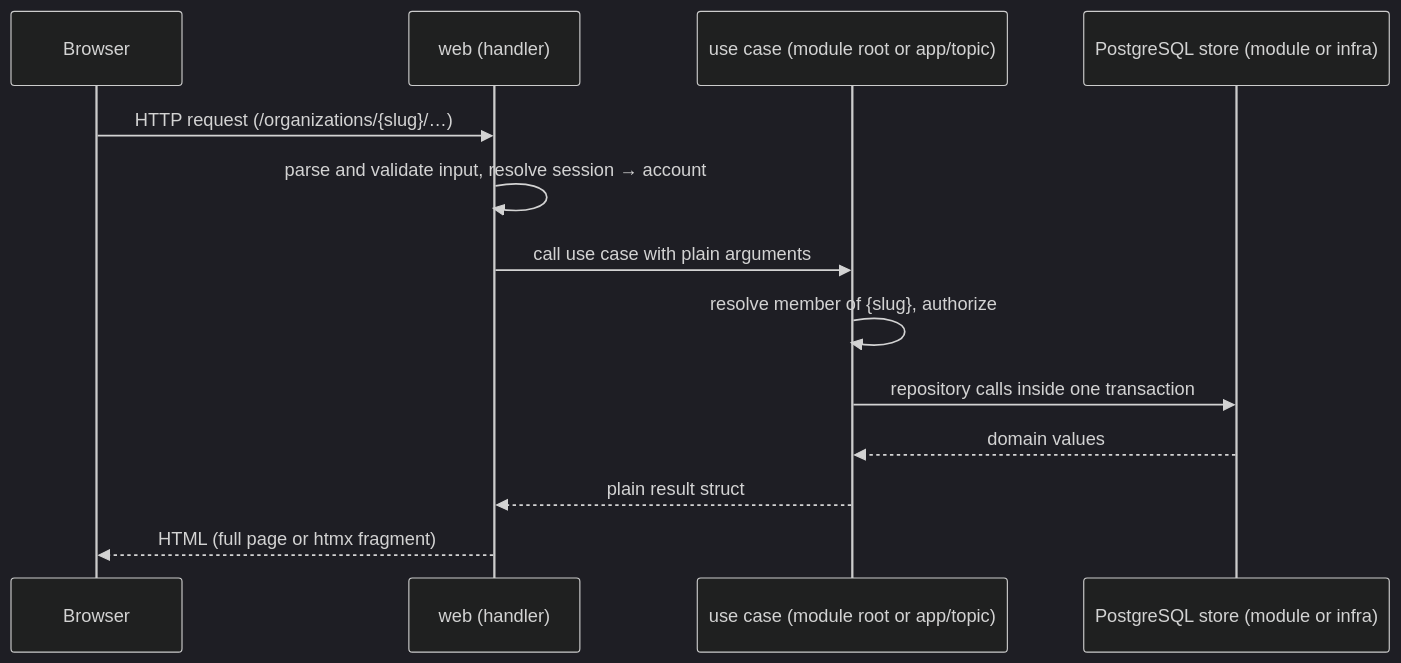
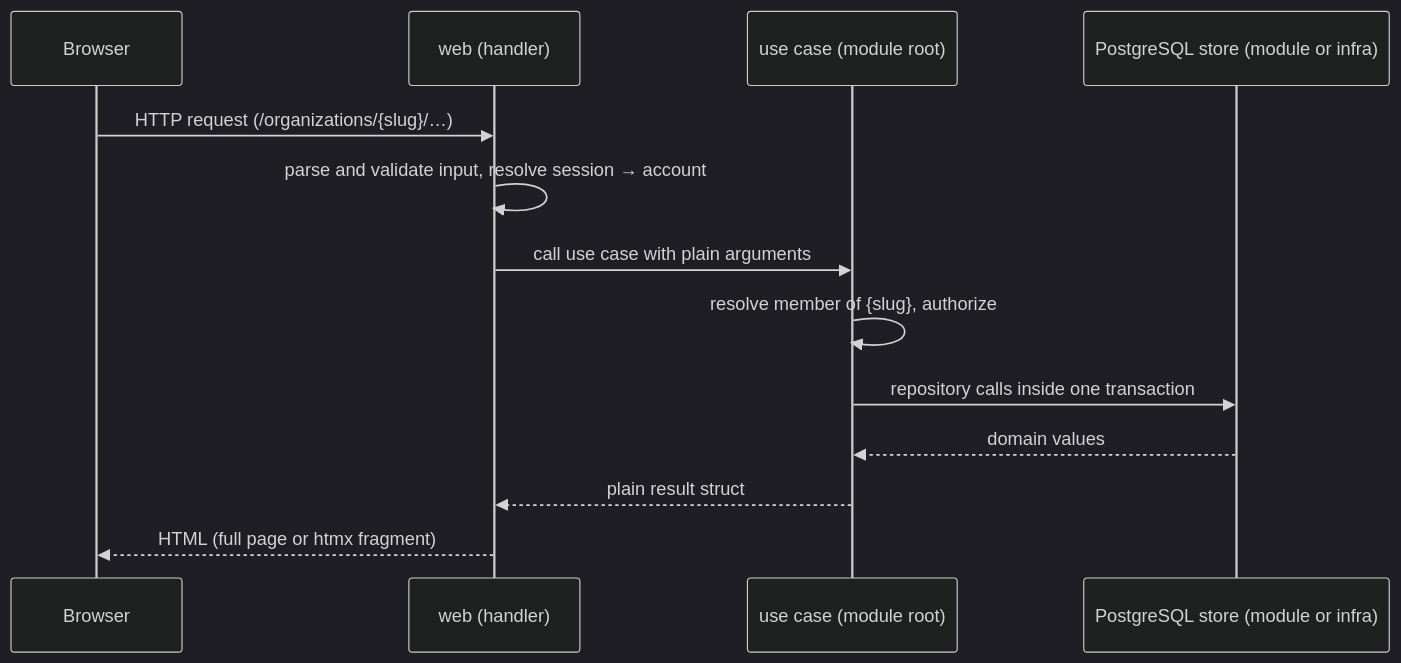
Before and after one commit to tkakkie/ribbitto: the diagram in docs/architecture/request-flow.md, drawn with Mermaid (dark theme). The commit also changed 23 other files, not shown here.

````diff
--- a/docs/architecture/request-flow.md
+++ b/docs/architecture/request-flow.md
@@ -3,15 +3,15 @@
 ```mermaid
 sequenceDiagram
   participant B as Browser
   participant W as web (handler)
-  participant A as use case (module root or app/topic)
+  participant A as use case (module root)
   participant P as PostgreSQL store (module or infra)
   B->>W: HTTP request (/organizations/{slug}/…)
   W->>W: parse and validate input, resolve session → account
   W->>A: call use case with plain arguments
   A->>A: resolve member of {slug}, authorize
   A->>P: repository calls inside one transaction
   P-->>A: domain values
   A-->>W: plain result struct
   W-->>B: HTML (full page or htmx fragment)
 ```
````
